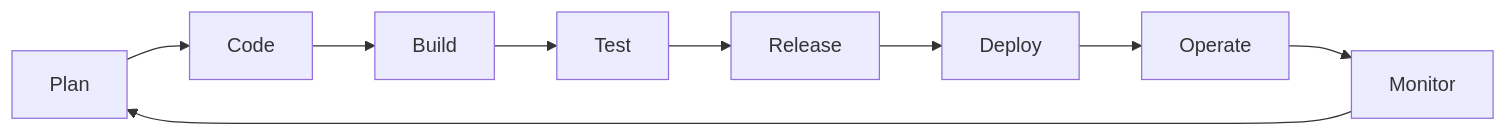
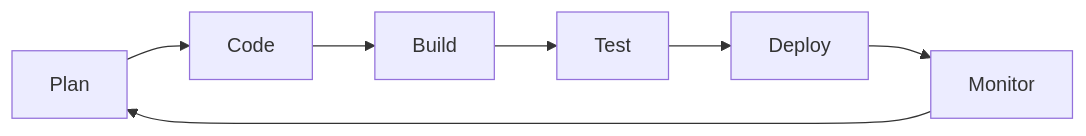
Before and after one commit to bhanumurthyreddi/notes: the second of 2 diagrams in docs/DevOps/Foundations.md, drawn with Mermaid. The commit also changed other lines of this file and 14 other files, not shown here.

````diff
--- a/docs/DevOps/Foundations.md
+++ b/docs/DevOps/Foundations.md
@@ -88,11 +100,9 @@
 ```mermaid
 graph LR
   A[Plan] --> B[Code]
   B --> C[Build]
   C --> D[Test]
-  D --> E[Release]
-  E --> F[Deploy]
-  F --> G[Operate]
-  G --> H[Monitor]
-  H --> A
+  D --> E[Deploy]
+  E --> F[Monitor]
+  F --> A
 ```
````
